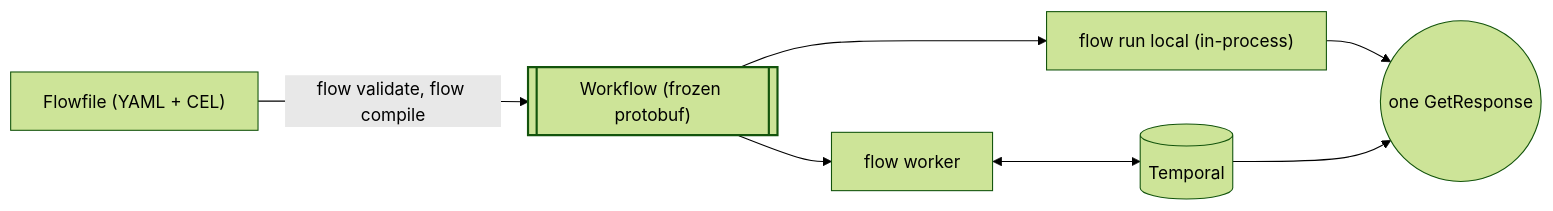
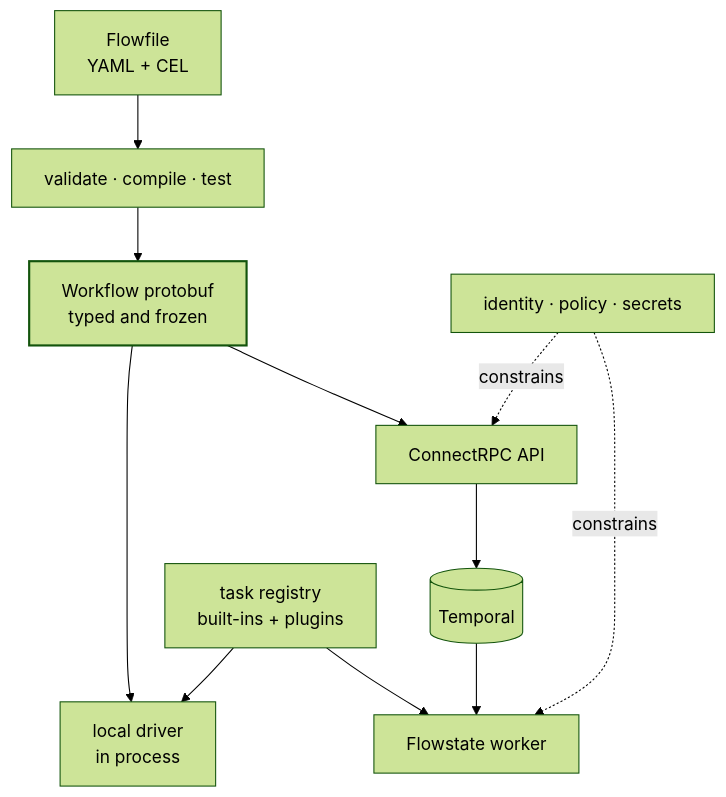
The diagram in README.md (picatz/flowstate), drawn with Mermaid (forest theme) before and after one commit. The commit also changed other lines of this file and 3 other files, not shown here.

````diff
--- a/README.md
+++ b/README.md
@@ -205,12 +123,16 @@
 ```mermaid
-flowchart LR
-  Flowfile["Flowfile (YAML + CEL)"] -->|"flow validate, flow compile"| Spec[["Workflow (frozen protobuf)"]]
-  Spec --> Local["flow run local (in-process)"]
-  Spec --> Worker["flow worker"]
-  Worker <--> Temporal[("Temporal")]
-  Local --> Answer(("one GetResponse"))
-  Temporal --> Answer
+flowchart TB
+  File["Flowfile<br/>YAML + CEL"] --> Check["validate · compile · test"]
+  Check --> Spec["Workflow protobuf<br/>typed and frozen"]
+  Spec --> Local["local driver<br/>in process"]
+  Spec --> API["ConnectRPC API"]
+  API --> Temporal[("Temporal")]
+  Temporal --> Worker["Flowstate worker"]
+  Registry["task registry<br/>built-ins + plugins"] --> Local
+  Registry --> Worker
+  Policy["identity · policy · secrets"] -. constrains .-> API
+  Policy -. constrains .-> Worker
 
-  classDef ir stroke-width:2px;
-  class Spec ir;
+  classDef contract stroke-width:2px;
+  class Spec contract;
 ```
````
